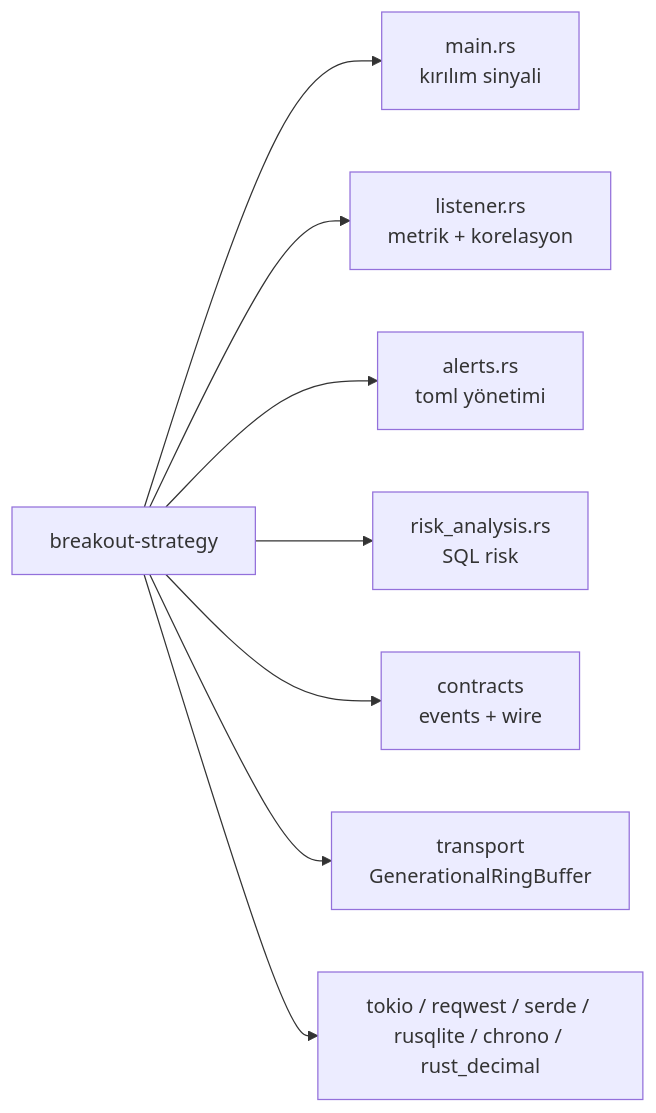
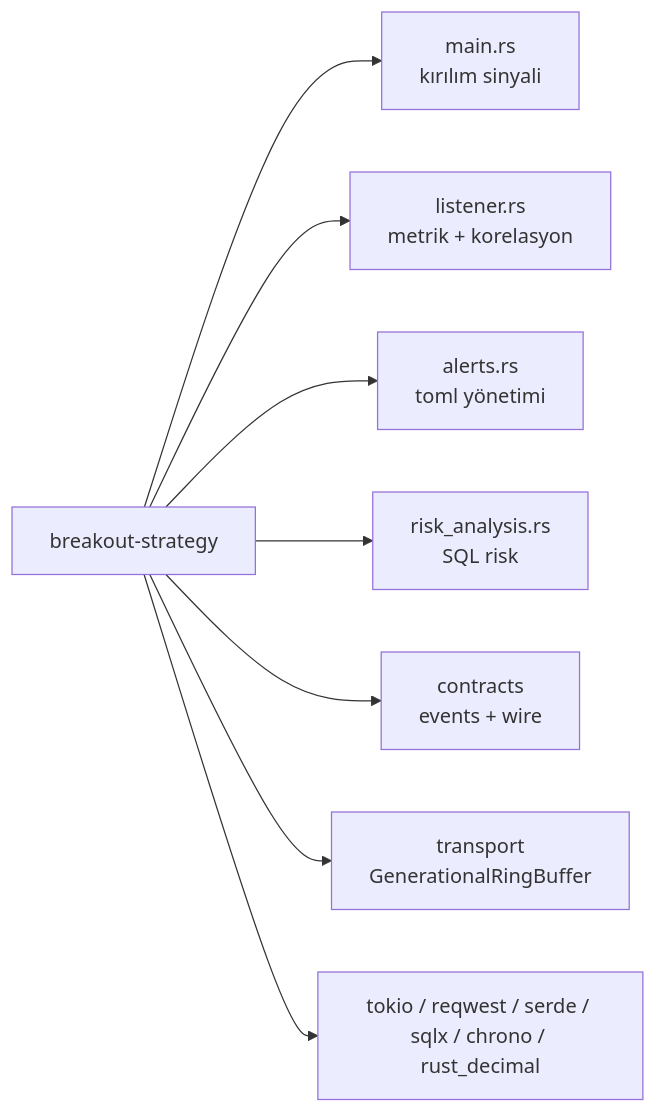
One commit to Quant-Trade-Lab-Community/cycle_finance_bot changed the fourth of 10 diagrams in docs/STRATEGIES_ENGINE_KAYNAK_KODU.md. Above: the diagram before and after it, drawn with Mermaid. The commit also changed other lines of this file and 165 other files, not shown here.

Commit message:
docs: remove deleted services' code dumps and update architecture (Bölüm 3, 2, 1); update Cargo.toml workspace; update mermaid flowcharts; remove SQLite refs

````diff
--- a/docs/STRATEGIES_ENGINE_KAYNAK_KODU.md
+++ b/docs/STRATEGIES_ENGINE_KAYNAK_KODU.md
@@ -101,10 +101,10 @@
 ```mermaid
 flowchart LR
     A["breakout-strategy"] --> B["main.rs<br>kırılım sinyali"]
     A --> C["listener.rs<br>metrik + korelasyon"]
     A --> D["alerts.rs<br>toml yönetimi"]
     A --> E["risk_analysis.rs<br>SQL risk"]
     A --> F["contracts<br>events + wire"]
     A --> G["transport<br>GenerationalRingBuffer"]
-    A --> H["tokio / reqwest / serde / rusqlite / chrono / rust_decimal"]
+    A --> H["tokio / reqwest / serde / sqlx / chrono / rust_decimal"]
 ```
````
